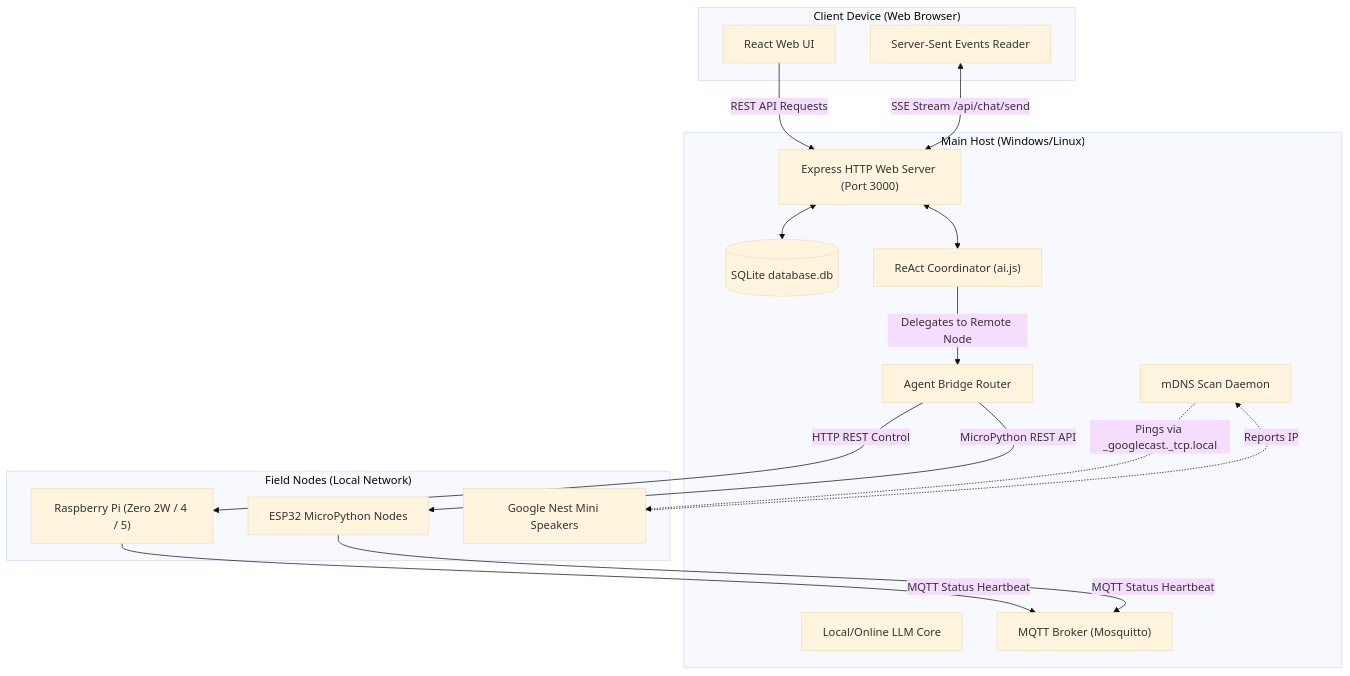
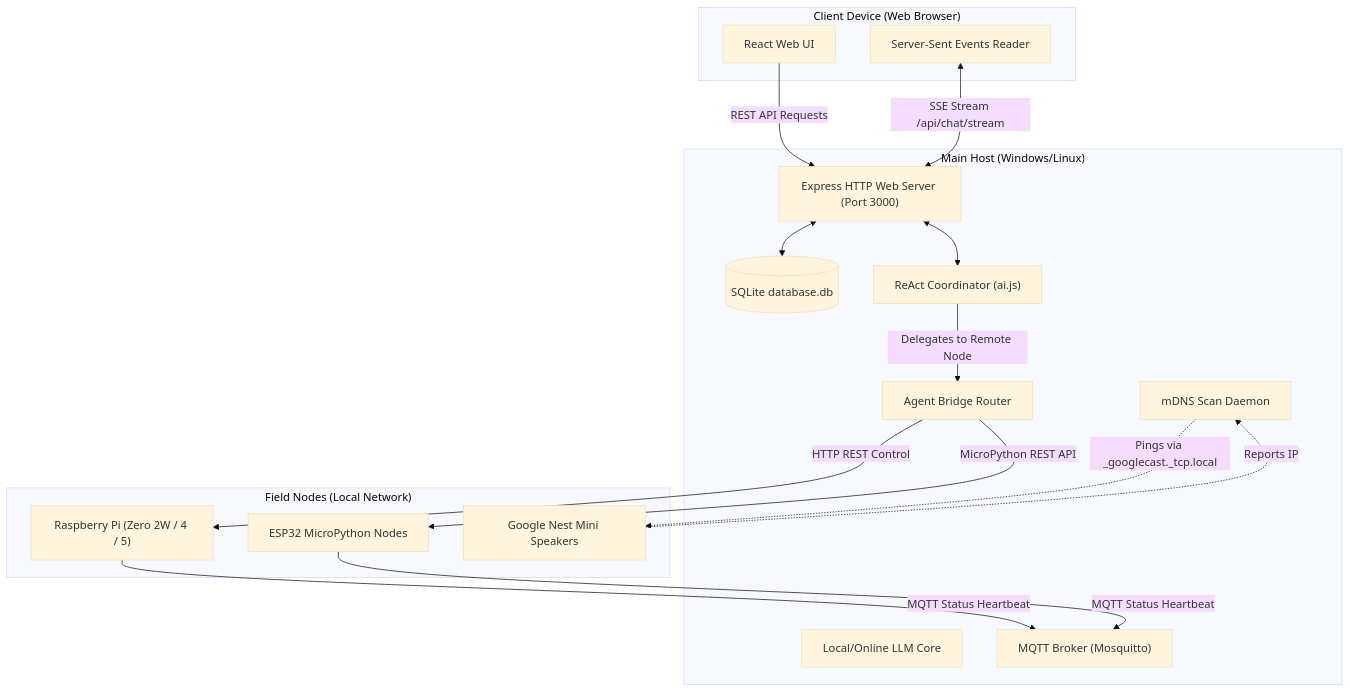
One commit to jjuhric/PATTI changed the diagram in README.md. Above: the diagram before and after it, drawn with Mermaid (base theme). The commit also changed other lines of this file and 2 other files, not shown here.

````diff
--- a/README.md
+++ b/README.md
@@ -34,35 +34,35 @@
 ```mermaid
 graph TB
     subgraph Client ["Client Device (Web Browser)"]
         UI["React Web UI"]
         SSE_Conn["Server-Sent Events Reader"]
     end
 
     subgraph MainHost ["Main Host (Windows/Linux)"]
         WebServer["Express HTTP Web Server (Port 3000)"]
         Database[("SQLite database.db")]
         Coord["ReAct Coordinator (ai.js)"]
         Bridge["Agent Bridge Router"]
         LLM["Local/Online LLM Core"]
         MQTT["MQTT Broker (Mosquitto)"]
         mDNS["mDNS Scan Daemon"]
     end
 
     subgraph FieldNodes ["Field Nodes (Local Network)"]
         RPi["Raspberry Pi (Zero 2W / 4 / 5)"]
         ESP["ESP32 MicroPython Nodes"]
         Nest["Google Nest Mini Speakers"]
     end
 
     UI -->|REST API Requests| WebServer
-    SSE_Conn <-->|SSE Stream /api/chat/send| WebServer
+    SSE_Conn <-->|SSE Stream /api/chat/stream| WebServer
     WebServer <--> Database
     WebServer <--> Coord
     RPi -->|MQTT Status Heartbeat| MQTT
     ESP -->|MQTT Status Heartbeat| MQTT
     mDNS -.->|Pings via _googlecast._tcp.local| Nest
     Nest -.->|Reports IP| mDNS
     Coord -->|Delegates to Remote Node| Bridge
     Bridge -->|HTTP REST Control| RPi
     Bridge -->|MicroPython REST API| ESP
 ```
````
